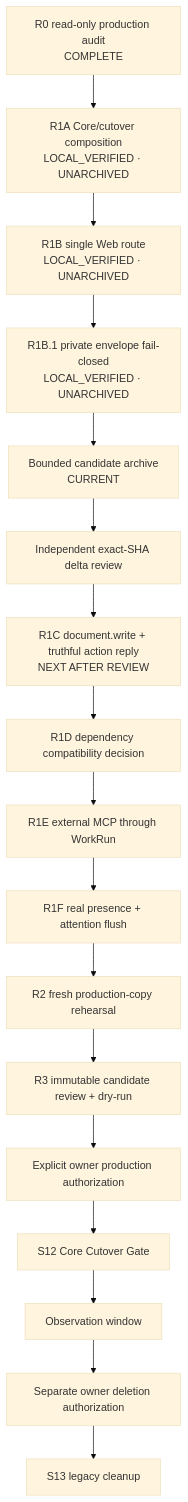
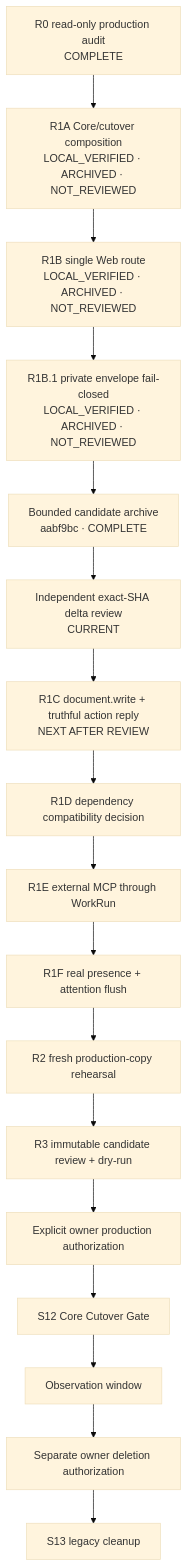
One commit to F-crystal/ran-agent changed the diagram in docs/governance/s12-readiness-topology.md. Above: the diagram before and after it, drawn with Mermaid (base theme). The commit also changed other lines of this file and 5 other files, not shown here.

Commit message:
docs: bind S12 R1 candidate review SHA

````diff
--- a/docs/governance/s12-readiness-topology.md
+++ b/docs/governance/s12-readiness-topology.md
@@ -39,19 +39,19 @@
 ```mermaid
 flowchart TD
-    R0["R0 read-only production audit<br/>COMPLETE"] --> R1A["R1A Core/cutover composition<br/>LOCAL_VERIFIED · UNARCHIVED"]
-    R1A --> R1B["R1B single Web route<br/>LOCAL_VERIFIED · UNARCHIVED"]
-    R1B --> R1B1["R1B.1 private envelope fail-closed<br/>LOCAL_VERIFIED · UNARCHIVED"]
-    R1B1 --> RA["Bounded candidate archive<br/>CURRENT"]
-    RA --> RI["Independent exact-SHA delta review"]
+    R0["R0 read-only production audit<br/>COMPLETE"] --> R1A["R1A Core/cutover composition<br/>LOCAL_VERIFIED · ARCHIVED · NOT_REVIEWED"]
+    R1A --> R1B["R1B single Web route<br/>LOCAL_VERIFIED · ARCHIVED · NOT_REVIEWED"]
+    R1B --> R1B1["R1B.1 private envelope fail-closed<br/>LOCAL_VERIFIED · ARCHIVED · NOT_REVIEWED"]
+    R1B1 --> RA["Bounded candidate archive<br/>aabf9bc · COMPLETE"]
+    RA --> RI["Independent exact-SHA delta review<br/>CURRENT"]
     RI --> R1C["R1C document.write + truthful action reply<br/>NEXT AFTER REVIEW"]
     R1C --> R1D["R1D dependency compatibility decision"]
     R1D --> R1E["R1E external MCP through WorkRun"]
     R1E --> R1F["R1F real presence + attention flush"]
     R1F --> R2["R2 fresh production-copy rehearsal"]
     R2 --> R3["R3 immutable candidate review + dry-run"]
     R3 --> OA["Explicit owner production authorization"]
     OA --> S12["S12 Core Cutover Gate"]
     S12 --> OBS["Observation window"]
     OBS --> DA["Separate owner deletion authorization"]
     DA --> S13["S13 legacy cleanup"]
 ```
````
